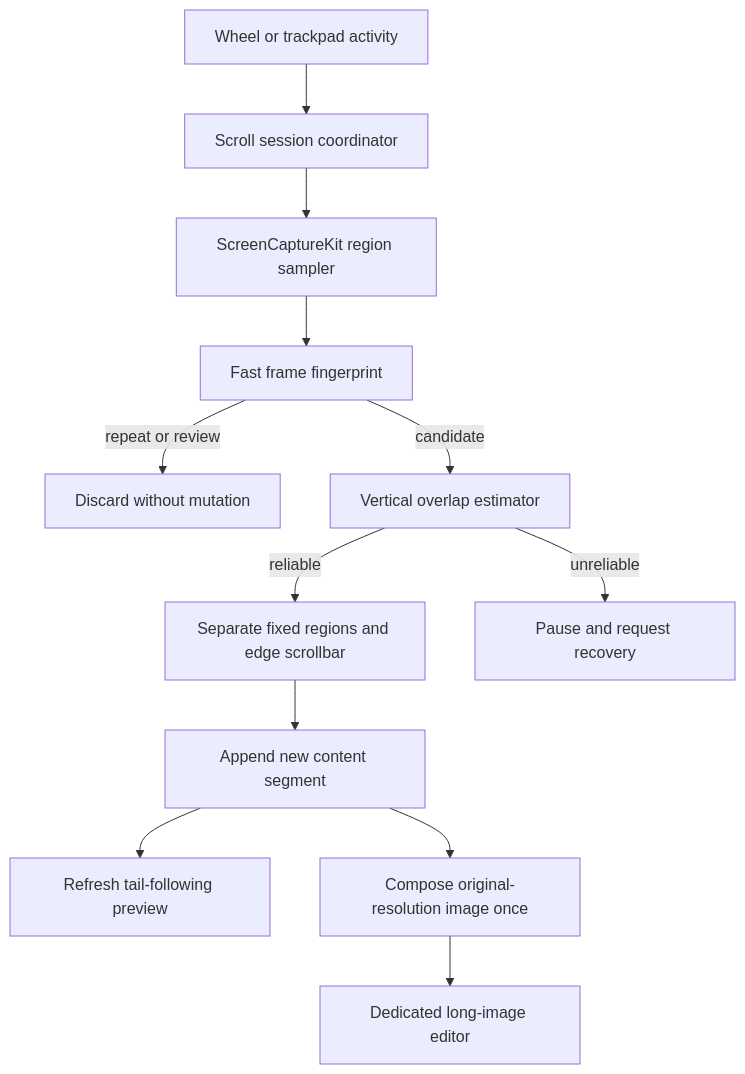
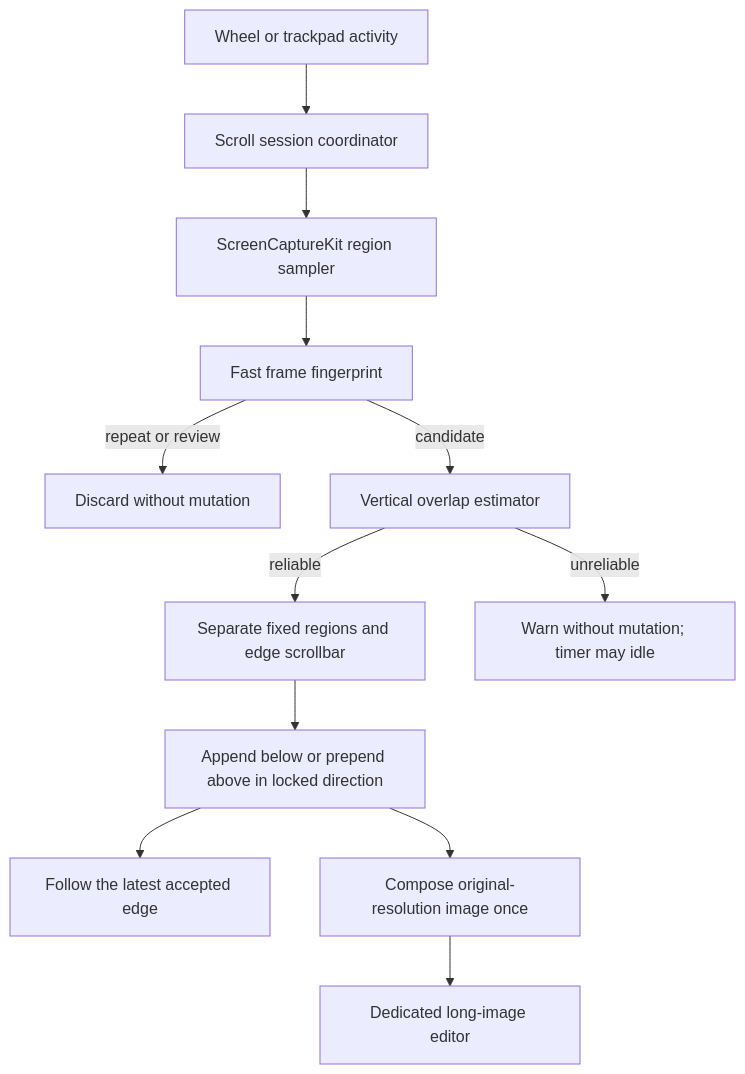
Before and after one commit to 0xkevin/xxsnap: the second of 2 diagrams in docs/superpowers/specs/2026-07-11-scroll-capture-design.md, drawn with Mermaid. The commit also changed other lines of this file and 3 other files, not shown here.

````diff
--- a/docs/superpowers/specs/2026-07-11-scroll-capture-design.md
+++ b/docs/superpowers/specs/2026-07-11-scroll-capture-design.md
@@ -142,14 +152,14 @@
 ```mermaid
 flowchart TB
   Input[Wheel or trackpad activity] --> Session[Scroll session coordinator]
   Session --> Capture[ScreenCaptureKit region sampler]
   Capture --> Fingerprint[Fast frame fingerprint]
   Fingerprint -->|repeat or review| Discard[Discard without mutation]
   Fingerprint -->|candidate| Match[Vertical overlap estimator]
   Match -->|reliable| Fixed[Separate fixed regions and edge scrollbar]
-  Fixed --> Segments[Append new content segment]
-  Segments --> Preview[Refresh tail-following preview]
-  Match -->|unreliable| Pause[Pause and request recovery]
+  Fixed --> Segments[Append below or prepend above in locked direction]
+  Segments --> Preview[Follow the latest accepted edge]
+  Match -->|unreliable| Warn[Warn without mutation; timer may idle]
   Segments --> Finalize[Compose original-resolution image once]
   Finalize --> Editor[Dedicated long-image editor]
 ```
````
